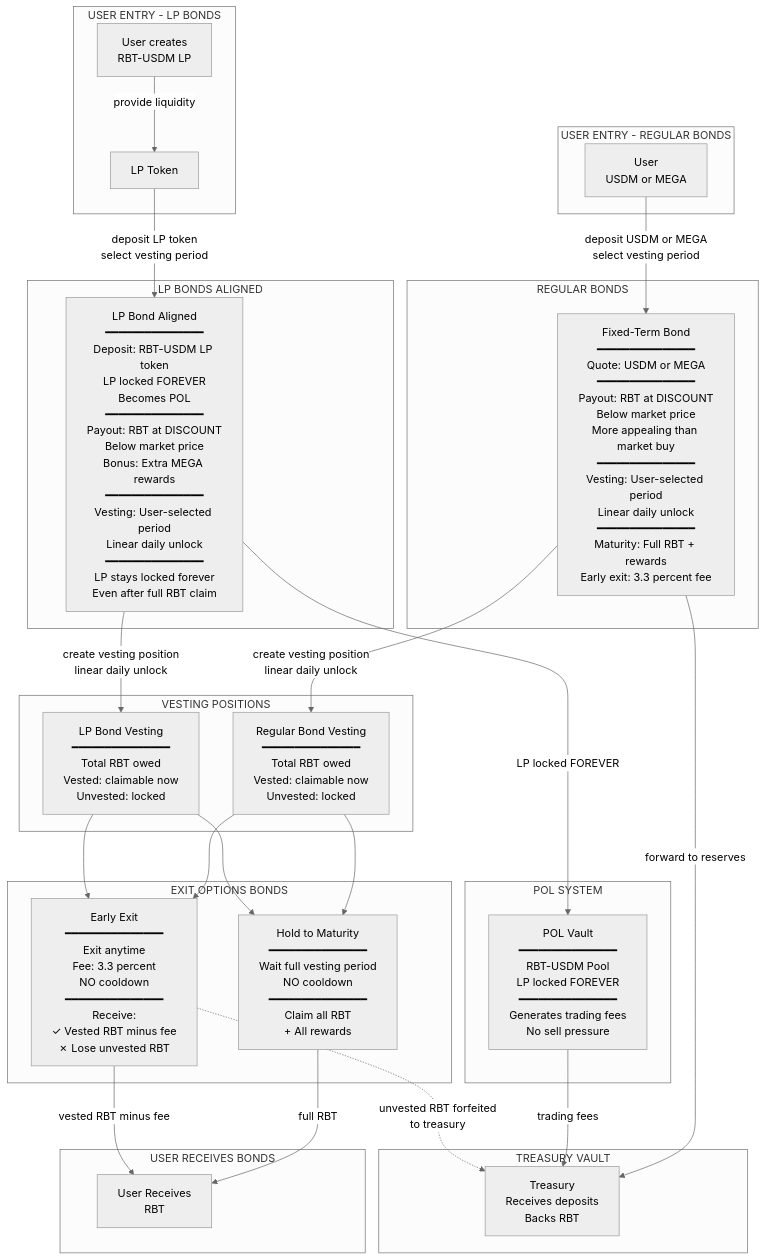
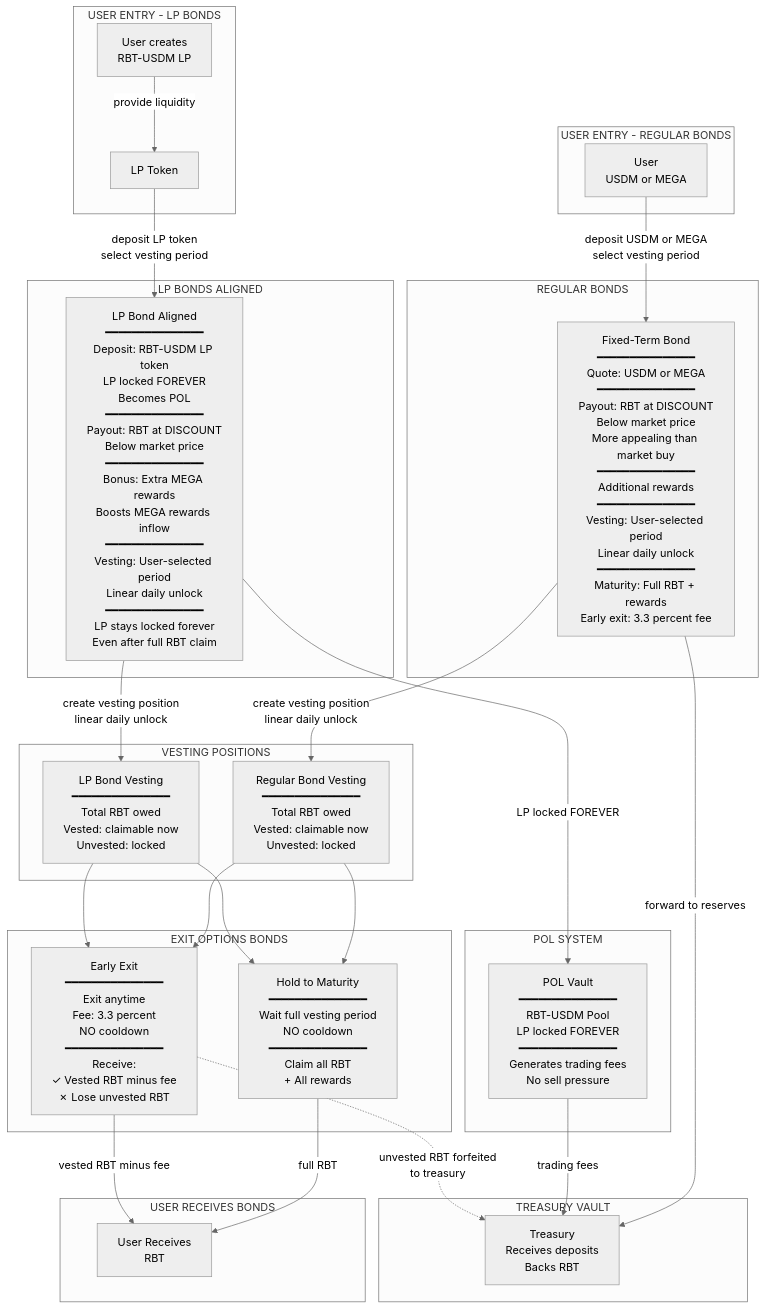
One commit to 0xJaehaerys/ohmega changed the third of 3 diagrams in blackhaven-complete-system.md. Above: the diagram before and after it, drawn with Mermaid (neutral theme).

Commit message:
Add rewards info: Regular Bonds have additional rewards, LP Bonds boost MEGA rewards

````diff
--- a/blackhaven-complete-system.md
+++ b/blackhaven-complete-system.md
@@ -145,63 +145,63 @@
 ```mermaid
 graph TB
     subgraph "USER ENTRY - REGULAR BONDS"
         USER_REG[User<br/>USDM or MEGA]
     end
     
     subgraph "REGULAR BONDS"
-        BOND[Fixed-Term Bond<br/>━━━━━━━━━━━━━━━<br/>Quote: USDM or MEGA<br/>━━━━━━━━━━━━━━━<br/>Payout: RBT at DISCOUNT<br/>Below market price<br/>More appealing than market buy<br/>━━━━━━━━━━━━━━━<br/>Vesting: User-selected period<br/>Linear daily unlock<br/>━━━━━━━━━━━━━━━<br/>Maturity: Full RBT + rewards<br/>Early exit: 3.3 percent fee]
+        BOND[Fixed-Term Bond<br/>━━━━━━━━━━━━━━━<br/>Quote: USDM or MEGA<br/>━━━━━━━━━━━━━━━<br/>Payout: RBT at DISCOUNT<br/>Below market price<br/>More appealing than market buy<br/>━━━━━━━━━━━━━━━<br/>Additional rewards<br/>━━━━━━━━━━━━━━━<br/>Vesting: User-selected period<br/>Linear daily unlock<br/>━━━━━━━━━━━━━━━<br/>Maturity: Full RBT + rewards<br/>Early exit: 3.3 percent fee]
     end
     
     subgraph "USER ENTRY - LP BONDS"
         USER_LP_START[User creates<br/>RBT-USDM LP]
         LP_TOKEN[LP Token]
     end
     
     subgraph "LP BONDS ALIGNED"
-        LP_BOND[LP Bond Aligned<br/>━━━━━━━━━━━━━━━<br/>Deposit: RBT-USDM LP token<br/>LP locked FOREVER<br/>Becomes POL<br/>━━━━━━━━━━━━━━━<br/>Payout: RBT at DISCOUNT<br/>Below market price<br/>Bonus: Extra MEGA rewards<br/>━━━━━━━━━━━━━━━<br/>Vesting: User-selected period<br/>Linear daily unlock<br/>━━━━━━━━━━━━━━━<br/>LP stays locked forever<br/>Even after full RBT claim]
+        LP_BOND[LP Bond Aligned<br/>━━━━━━━━━━━━━━━<br/>Deposit: RBT-USDM LP token<br/>LP locked FOREVER<br/>Becomes POL<br/>━━━━━━━━━━━━━━━<br/>Payout: RBT at DISCOUNT<br/>Below market price<br/>━━━━━━━━━━━━━━━<br/>Bonus: Extra MEGA rewards<br/>Boosts MEGA rewards inflow<br/>━━━━━━━━━━━━━━━<br/>Vesting: User-selected period<br/>Linear daily unlock<br/>━━━━━━━━━━━━━━━<br/>LP stays locked forever<br/>Even after full RBT claim]
     end
     
     subgraph "TREASURY VAULT"
         TREASURY_BONDS[Treasury<br/>Receives deposits<br/>Backs RBT]
     end
     
     subgraph "POL SYSTEM"
         POL[POL Vault<br/>━━━━━━━━━━━━━━━<br/>RBT-USDM Pool<br/>LP locked FOREVER<br/>━━━━━━━━━━━━━━━<br/>Generates trading fees<br/>No sell pressure]
     end
     
     subgraph "VESTING POSITIONS"
         VESTING_REG[Regular Bond Vesting<br/>━━━━━━━━━━━━━━━<br/>Total RBT owed<br/>Vested: claimable now<br/>Unvested: locked]
         
         VESTING_LP[LP Bond Vesting<br/>━━━━━━━━━━━━━━━<br/>Total RBT owed<br/>Vested: claimable now<br/>Unvested: locked]
     end
     
     subgraph "EXIT OPTIONS BONDS"
         MAT_BOND[Hold to Maturity<br/>━━━━━━━━━━━━━━━<br/>Wait full vesting period<br/>NO cooldown<br/>━━━━━━━━━━━━━━━<br/>Claim all RBT<br/>+ All rewards]
         
         EARLY_BOND[Early Exit<br/>━━━━━━━━━━━━━━━<br/>Exit anytime<br/>Fee: 3.3 percent<br/>NO cooldown<br/>━━━━━━━━━━━━━━━<br/>Receive:<br/>✓ Vested RBT minus fee<br/>✗ Lose unvested RBT]
     end
     
     subgraph "USER RECEIVES BONDS"
         USER_OUT_BOND[User Receives<br/>RBT]
     end
     
     USER_REG -->|deposit USDM or MEGA<br/>select vesting period| BOND
     BOND -->|forward to reserves| TREASURY_BONDS
     BOND -->|create vesting position<br/>linear daily unlock| VESTING_REG
     
     USER_LP_START -->|provide liquidity| LP_TOKEN
     LP_TOKEN -->|deposit LP token<br/>select vesting period| LP_BOND
     LP_BOND -->|LP locked FOREVER| POL
     LP_BOND -->|create vesting position<br/>linear daily unlock| VESTING_LP
     
     POL -->|trading fees| TREASURY_BONDS
     
     VESTING_REG --> MAT_BOND
     VESTING_REG --> EARLY_BOND
     VESTING_LP --> MAT_BOND
     VESTING_LP --> EARLY_BOND
     
     MAT_BOND -->|full RBT| USER_OUT_BOND
     EARLY_BOND -->|vested RBT minus fee| USER_OUT_BOND
     EARLY_BOND -.->|unvested RBT forfeited<br/>to treasury| TREASURY_BONDS
 ```
````
